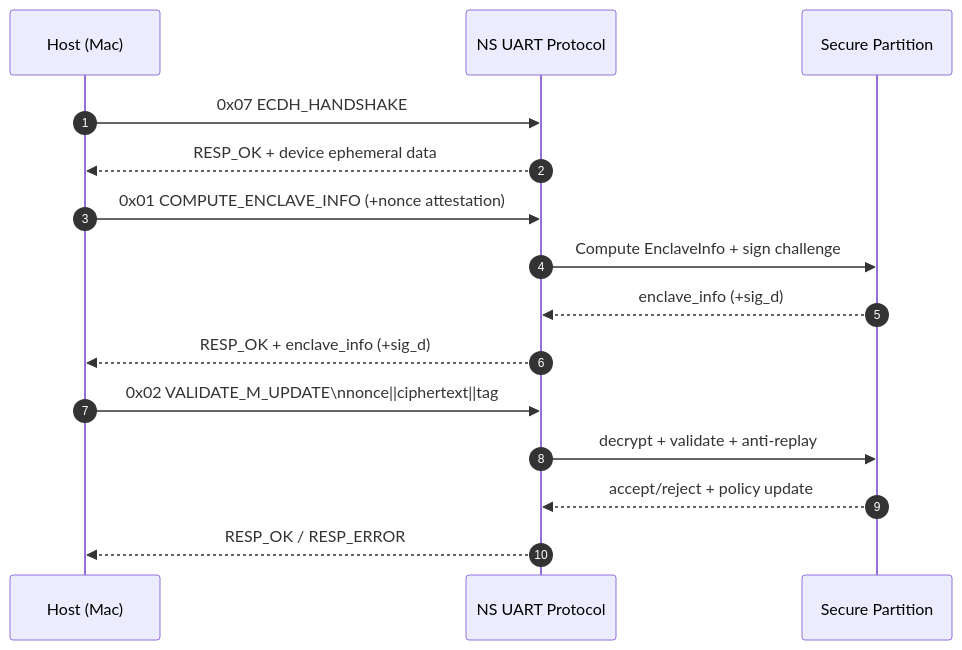
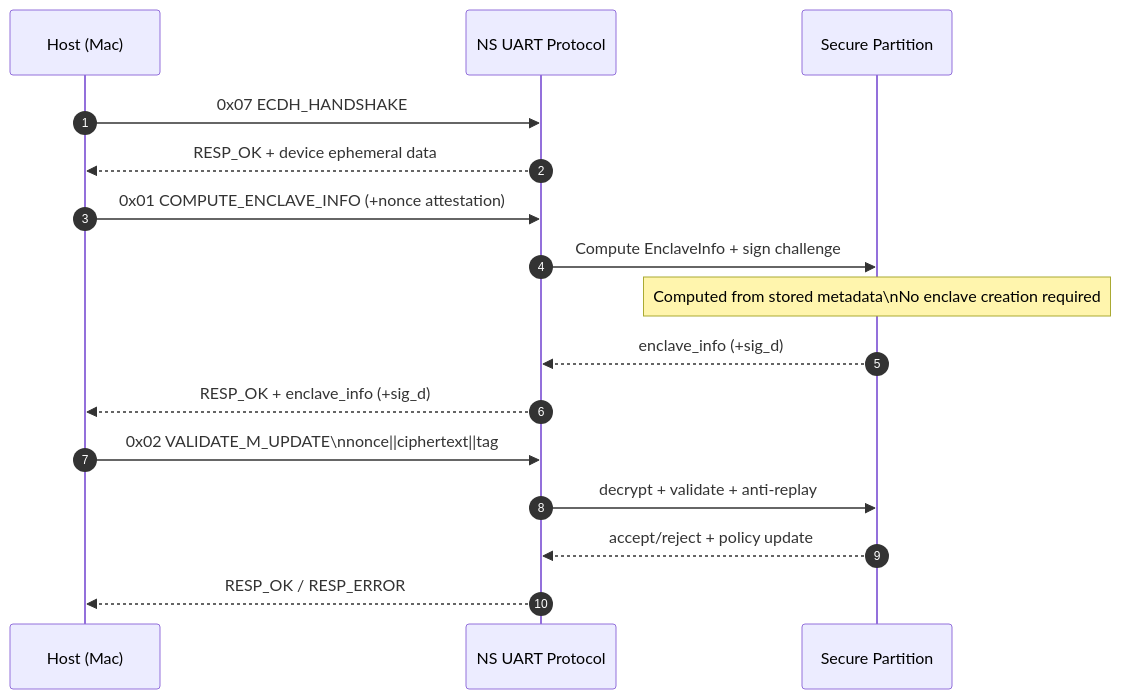
One commit to kiri-style/VeCoDI changed the second of 5 diagrams in md/PROTOCOL_DETAILED_ARCHITECTURE.md. Above: the diagram before and after it, drawn with Mermaid. The commit also changed other lines of this file and 3 other files, not shown here.

Commit message:
docs: clarify enclave info lifecycle and architecture

````diff
--- a/md/PROTOCOL_DETAILED_ARCHITECTURE.md
+++ b/md/PROTOCOL_DETAILED_ARCHITECTURE.md
@@ -80,20 +80,21 @@
 ```mermaid
 sequenceDiagram
     autonumber
     participant H as Host (Mac)
     participant N as NS UART Protocol
     participant S as Secure Partition
 
     H->>N: 0x07 ECDH_HANDSHAKE
     N-->>H: RESP_OK + device ephemeral data
 
     H->>N: 0x01 COMPUTE_ENCLAVE_INFO (+nonce attestation)
     N->>S: Compute EnclaveInfo + sign challenge
+    Note over S: Computed from stored metadata\nNo enclave creation required
     S-->>N: enclave_info (+sig_d)
     N-->>H: RESP_OK + enclave_info (+sig_d)
 
     H->>N: 0x02 VALIDATE_M_UPDATE\nnonce||ciphertext||tag
     N->>S: decrypt + validate + anti-replay
     S-->>N: accept/reject + policy update
     N-->>H: RESP_OK / RESP_ERROR
 ```
````
